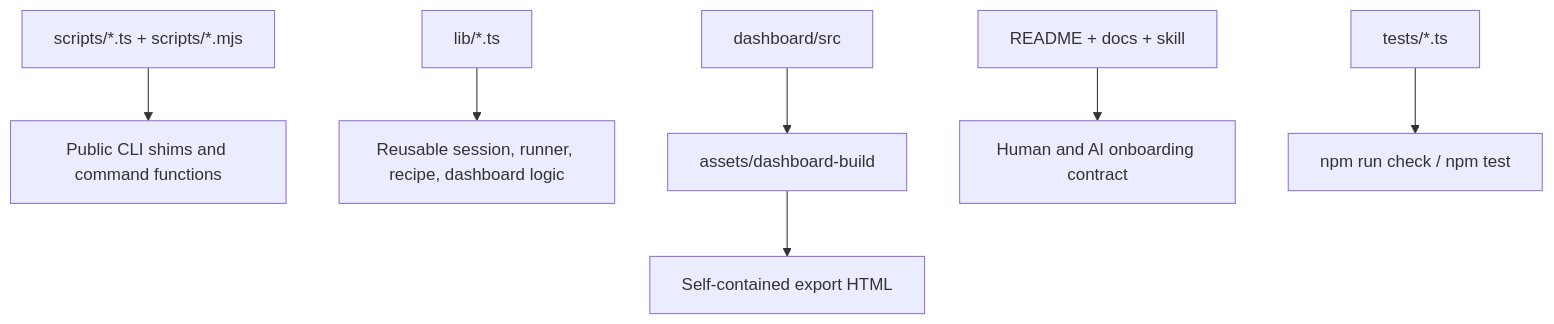
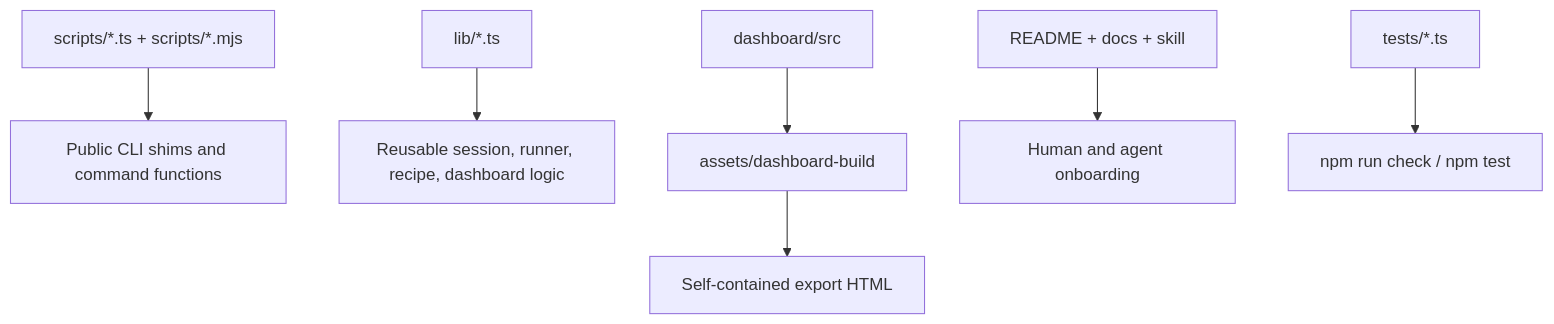
Before and after one commit to TheGreenCedar/codex-autoresearch: the sixth of 8 diagrams in plugins/codex-autoresearch/docs/architecture.md, drawn with Mermaid. The commit also changed other lines of this file and 27 other files, not shown here.

````diff
--- a/plugins/codex-autoresearch/docs/architecture.md
+++ b/plugins/codex-autoresearch/docs/architecture.md
@@ -114,9 +114,9 @@
 ```mermaid
 flowchart TD
   Scripts["scripts/*.ts + scripts/*.mjs"] --> CLI["Public CLI shims and command functions"]
   Lib["lib/*.ts"] --> Core["Reusable session, runner, recipe, dashboard logic"]
   Dashboard["dashboard/src"] --> Assets["assets/dashboard-build"]
   Assets --> Export["Self-contained export HTML"]
-  Docs["README + docs + skill"] --> Product["Human and AI onboarding contract"]
+  Docs["README + docs + skill"] --> Product["Human and agent onboarding"]
   Tests["tests/*.ts"] --> Gate["npm run check / npm test"]
 ```
````
